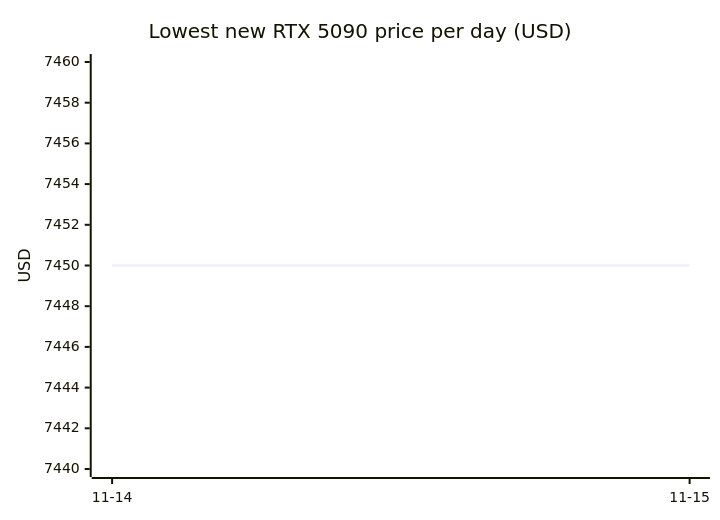
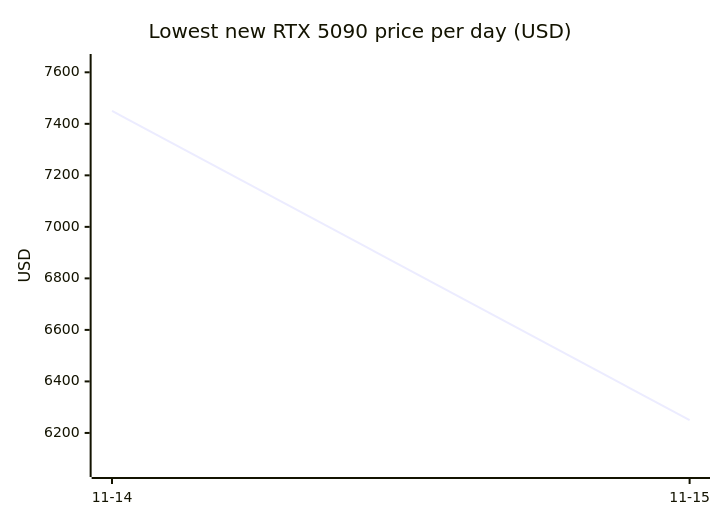
One commit to 7324136828/4tb_ssd_price_watch changed the fourth of 8 diagrams in README.md. Above: the diagram before and after it, drawn with Mermaid. The commit also changed other lines of this file and 6 other files, not shown here.

````diff
--- a/README.md
+++ b/README.md
@@ -231,7 +231,7 @@
 ```mermaid
 xychart-beta
     title "Lowest new RTX 5090 price per day (USD)"
     x-axis ["11-14", "11-15"]
-    y-axis "USD" 7440 --> 7460
-    line [7450.00, 7450.00]
+    y-axis "USD" 6060 --> 7640
+    line [7450.00, 6249.99]
 ```
````
